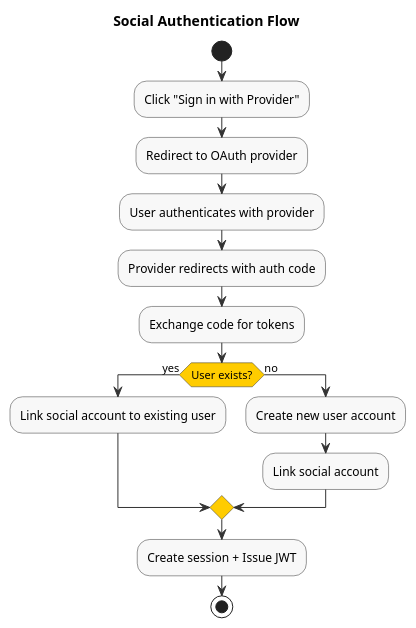
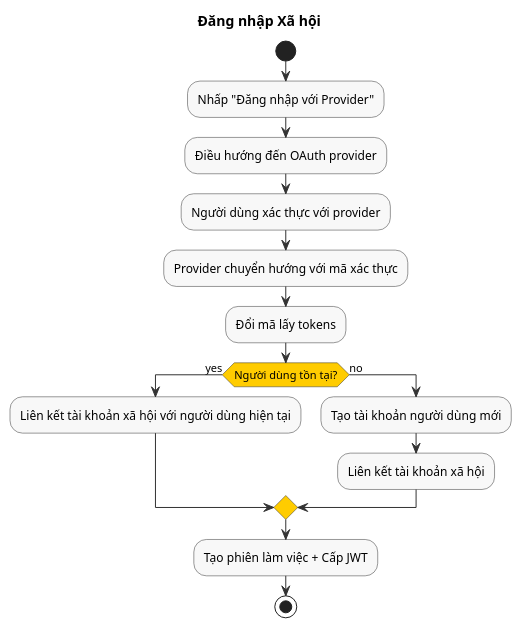
Before and after one commit to namnh240795/document: the diagram in modules/auth/diagrams/activity/social-auth-activity.puml, drawn with PlantUML. The commit also changed 163 other files, not shown here.

```diff
--- a/modules/auth/diagrams/activity/social-auth-activity.puml
+++ b/modules/auth/diagrams/activity/social-auth-activity.puml
@@ -1,39 +1,39 @@
 @startuml
 ' ============================================================
-' Activity Diagram - Social Authentication Flow
+' Sơ đồ Hoạt động - Đăng nhập Xã hội
 ' ============================================================
 
 skinparam activity {
   BackgroundColor #F8F8F8
   BorderColor #333333
   ArrowColor #333333
   DiamondBackgroundColor #FFCC00
   DiamondBorderColor #333333
 }
 
-title Social Authentication Flow
+title Đăng nhập Xã hội
 
 start
 
-:Click "Sign in with Provider";
+:Nhấp "Đăng nhập với Provider";
 
-:Redirect to OAuth provider;
+:Điều hướng đến OAuth provider;
 
-:User authenticates with provider;
+:Người dùng xác thực với provider;
 
-:Provider redirects with auth code;
+:Provider chuyển hướng với mã xác thực;
 
-:Exchange code for tokens;
+:Đổi mã lấy tokens;
 
-if (User exists?) then (yes)
-  :Link social account to existing user;
+if (Người dùng tồn tại?) then (yes)
+  :Liên kết tài khoản xã hội với người dùng hiện tại;
 else (no)
-  :Create new user account;
-  :Link social account;
+  :Tạo tài khoản người dùng mới;
+  :Liên kết tài khoản xã hội;
 endif
 
-:Create session + Issue JWT;
+:Tạo phiên làm việc + Cấp JWT;
 
 stop
 
 @enduml
```
